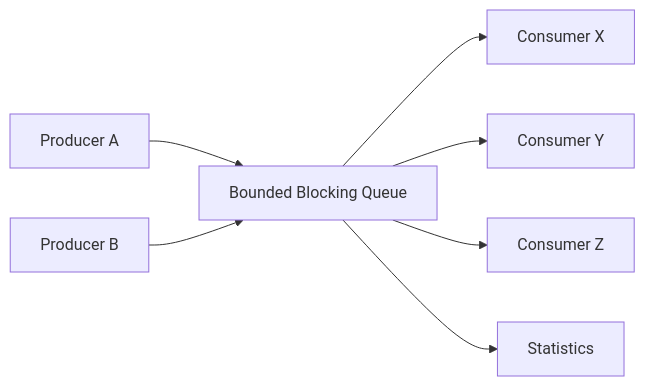
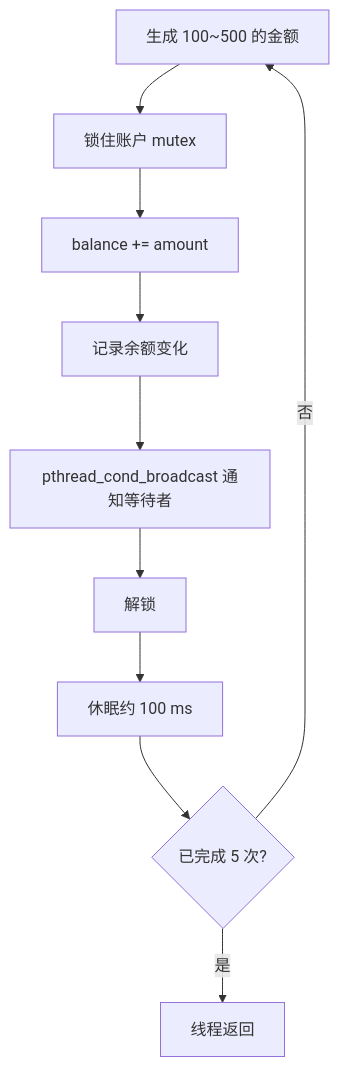
Before and after one commit to feiyun0310/linux-backend-learning-notes: the first of 5 diagrams in 03-concurrency-practices.md, drawn with Mermaid. The commit also changed other lines of this file, not shown here.

Commit message:
docs: detail concurrency practice flows

````diff
--- a/03-concurrency-practices.md
+++ b/03-concurrency-practices.md
@@ -43,9 +47,12 @@
-~~~mermaid
-flowchart LR
-    P1[Producer A] --> Q[Bounded Blocking Queue]
-    P2[Producer B] --> Q
-    Q --> C1[Consumer X]
-    Q --> C2[Consumer Y]
-    Q --> C3[Consumer Z]
-    Q --> S[Statistics]
-~~~
+```mermaid
+flowchart TD
+    A[生成 100~500 的金额] --> B[锁住账户 mutex]
+    B --> C[balance += amount]
+    C --> D[记录余额变化]
+    D --> E[pthread_cond_broadcast 通知等待者]
+    E --> F[解锁]
+    F --> G[休眠约 100 ms]
+    G --> H{已完成 5 次?}
+    H -->|否| A
+    H -->|是| I[线程返回]
+```
````
